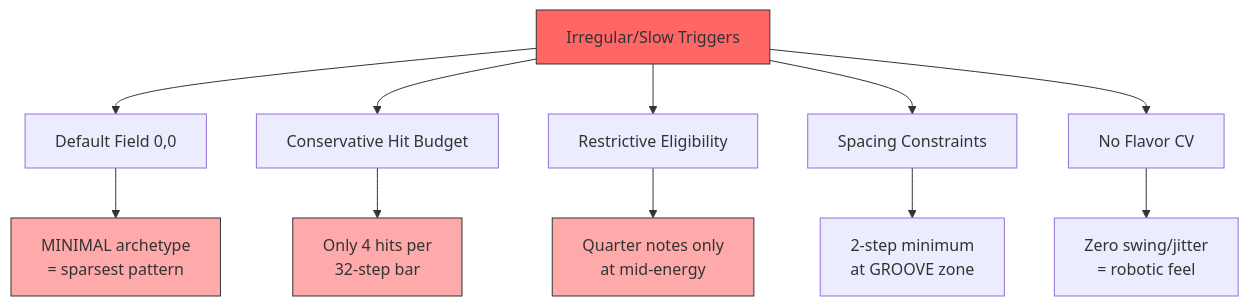
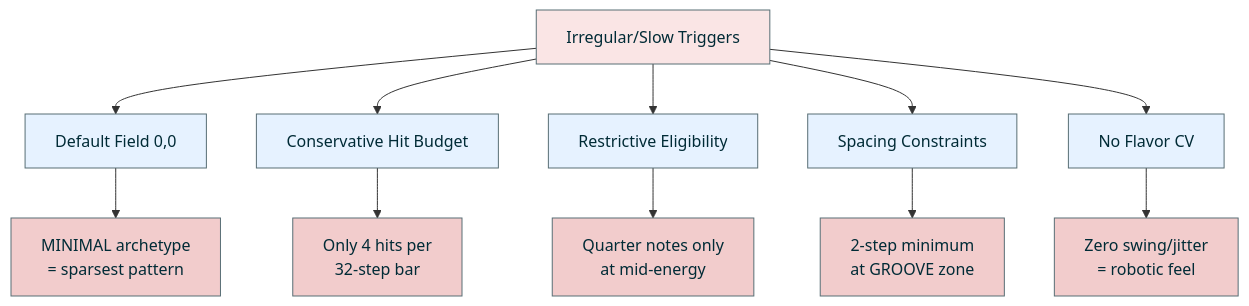
One commit to chronick/duopulse changed the first of 4 diagrams in docs/tasks/active/16-v4-hardware-validation.md. Above: the diagram before and after it, drawn with Mermaid. The commit also changed other lines of this file and 5 other files, not shown here.

````diff
--- a/docs/tasks/active/16-v4-hardware-validation.md
+++ b/docs/tasks/active/16-v4-hardware-validation.md
@@ -98,19 +98,22 @@
 ```mermaid
 graph TD
     A[Irregular/Slow Triggers] --> B[Default Field 0,0]
     A --> C[Conservative Hit Budget]
     A --> D[Restrictive Eligibility]
     A --> E[Spacing Constraints]
     A --> F[No Flavor CV]
     
     B --> B1[MINIMAL archetype<br/>= sparsest pattern]
     C --> C1[Only 4 hits per<br/>32-step bar]
     D --> D1[Quarter notes only<br/>at mid-energy]
     E --> E1[2-step minimum<br/>at GROOVE zone]
     F --> F1[Zero swing/jitter<br/>= robotic feel]
+
+    classDef problemStyle fill:#fae5e5,stroke:#586e75,color:#002b36
+    classDef defaultStyle fill:#e6f2ff,stroke:#586e75,color:#002b36
+    classDef errorStyle fill:#f2cccc,stroke:#586e75,color:#002b36
     
-    style A fill:#f66,stroke:#333
-    style B1 fill:#faa,stroke:#333
-    style C1 fill:#faa,stroke:#333
-    style D1 fill:#faa,stroke:#333
+    class A problemStyle
+    class B,C,D,E,F defaultStyle
+    class B1,C1,D1,E1,F1 errorStyle
 ```
````
